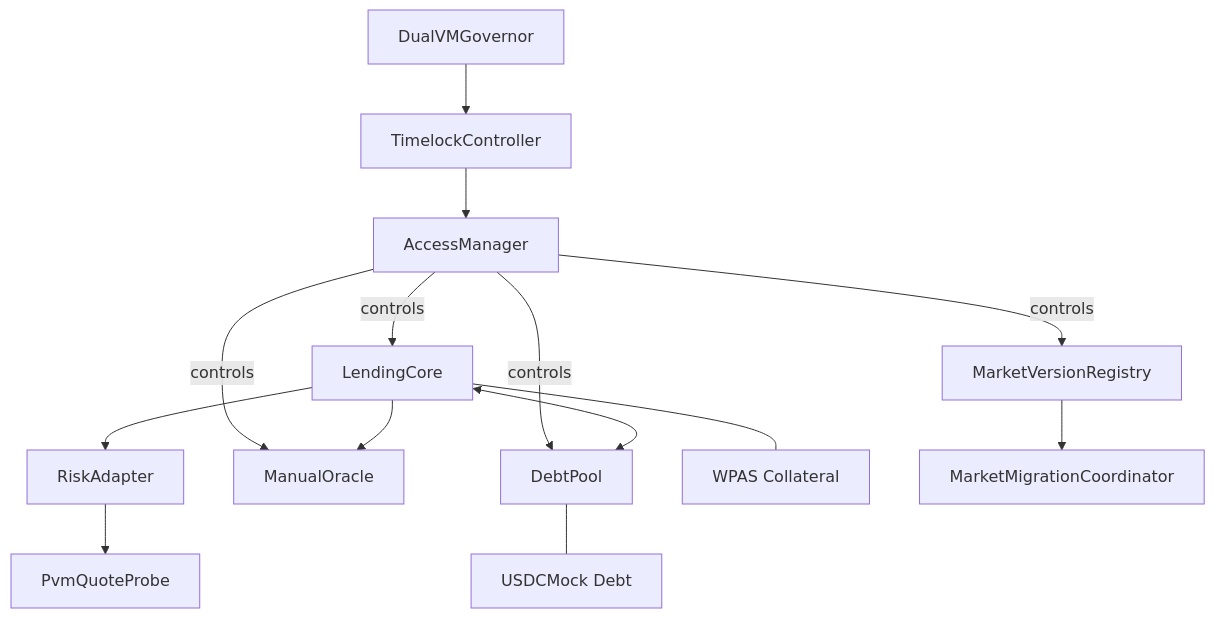
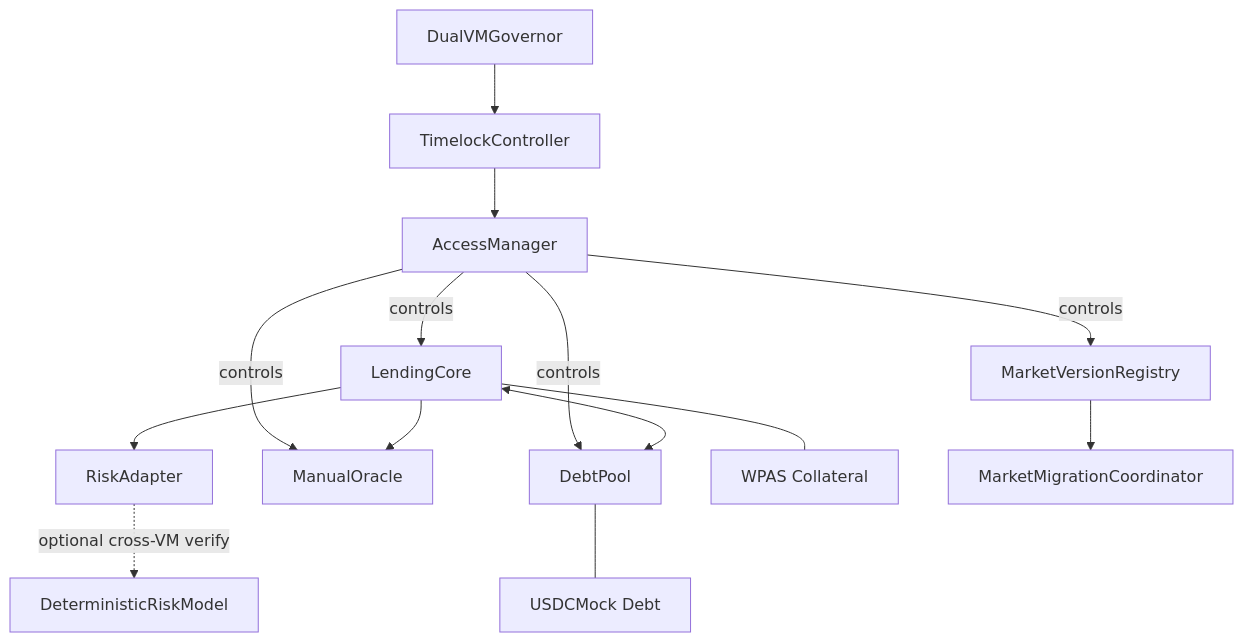
Before and after one commit to symulacr/dualvm-lending: the third of 10 diagrams in README.md, drawn with Mermaid. The commit also changed other lines of this file, not shown here.

Commit message:
docs: fix diagram accuracy - inline math canonical path, DeterministicRiskModel, no fallback framing

````diff
--- a/README.md
+++ b/README.md
@@ -109,16 +108,16 @@
 ```mermaid
 graph TD
     GOV[DualVMGovernor] --> TL[TimelockController]
     TL --> AM[AccessManager]
     AM -->|controls| LC[LendingCore]
     AM -->|controls| DP[DebtPool]
     AM -->|controls| MO[ManualOracle]
     AM -->|controls| MVR[MarketVersionRegistry]
     LC --> MO
     LC --> RA[RiskAdapter]
     LC <--> DP
-    RA --> QE[PvmQuoteProbe]
+    RA -.->|optional cross-VM verify| QE[DeterministicRiskModel]
     LC --- WPAS[WPAS Collateral]
     DP --- USDC[USDCMock Debt]
     MVR --> MMC[MarketMigrationCoordinator]
 ```
````
